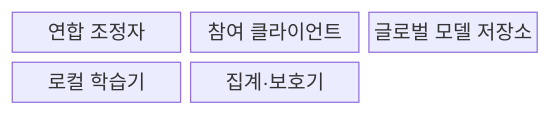
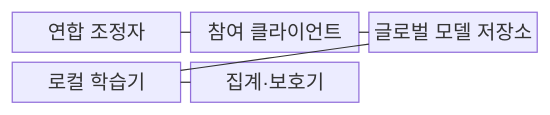
The first of 2 diagrams in src/content/docs/notes/08-latest-tech/111_federated_learning.md (agnusdei1207/knowledge-base), drawn with Mermaid before and after one commit. The commit also changed other lines of this file and 228 other files, not shown here.

````diff
--- a/src/content/docs/notes/08-latest-tech/111_federated_learning.md
+++ b/src/content/docs/notes/08-latest-tech/111_federated_learning.md
@@ -50,9 +50,13 @@
 ```mermaid
 block-beta
     columns 3
     C["연합 조정자"]
     P["참여 클라이언트"]
     G["글로벌 모델 저장소"]
     L["로컬 학습기"]
     A["집계·보호기"]
+    C --- P
+    P --- G
+    G --- L
+    L --- A
 ```
````
